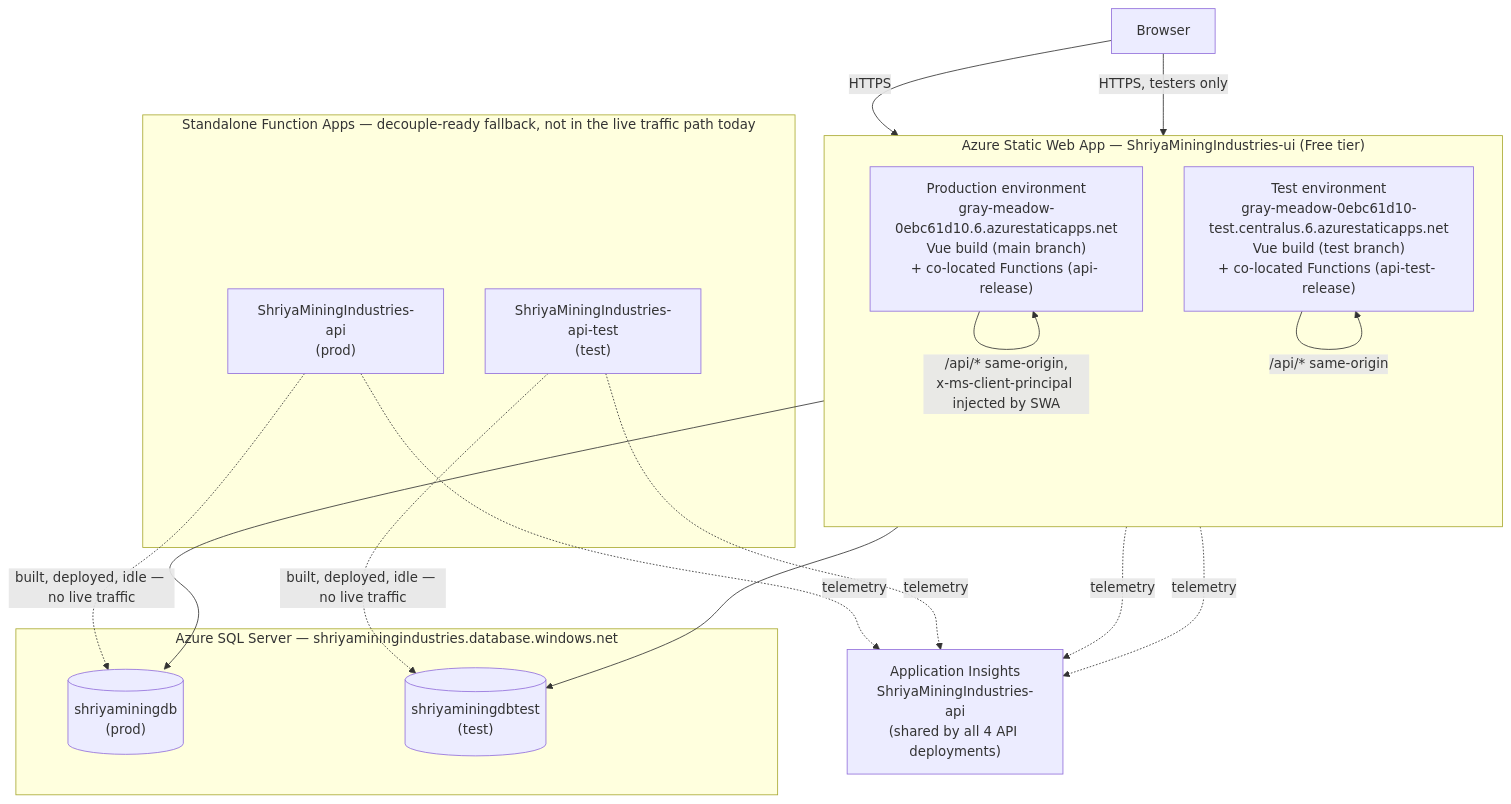
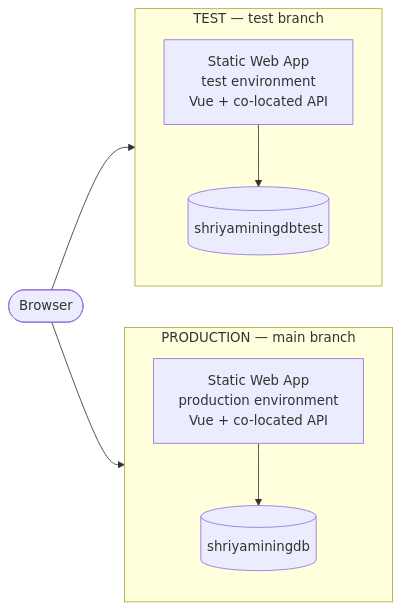
The first of 3 diagrams in ARCHITECTURE.md (shriyaminingindustriesgroup/ShriyaMiningIndustries_Docs), drawn with Mermaid before and after one commit. The commit also changed other lines of this file and 1 other file, not shown here.

Commit message:
Redesign architecture diagram for readability; fix a real self-loop bug
The original architecture diagram crammed DB links, idle-fallback links,
and 4-way telemetry fan-in into one subgraph-heavy flowchart, which
Mermaid's auto-layout rendered as a mess of crossing lines (reported
directly from the published page). Split into a clean two-column
request-flow diagram (Production | Test, each a simple top-to-bottom
chain) and moved the fallback-Function-App and shared-telemetry facts to
a caption instead of more diagram edges — a diagram should carry one
clear mental model, not every true fact about the system.

Also fixes a real bug found while redoing this: the Markdown version had
two nonsensical self-loop edges (SWAProd --> SWAProd, SWATest -->
SWATest), leftover from an edit that never got attached correctly.

Simplified the UI pipeline diagram the same way: collapsed four separate
trigger nodes converging on one point into a single trigger node with a
multi-line label — same information, no fan-in clutter.

````diff
--- a/ARCHITECTURE.md
+++ b/ARCHITECTURE.md
@@ -45,35 +45,21 @@
 ```mermaid
-flowchart TB
-    Browser["Browser"]
+flowchart LR
+    Browser(["Browser"])
 
-    subgraph SWA["Azure Static Web App — ShriyaMiningIndustries-ui (Free tier)"]
+    subgraph Prod["PRODUCTION — main branch"]
         direction TB
-        SWAProd["Production environment\ngray-meadow-0ebc61d10.6.azurestaticapps.net\nVue build (main branch)\n+ co-located Functions (api-<sha> release)"]
-        SWATest["Test environment\ngray-meadow-0ebc61d10-test.centralus.6.azurestaticapps.net\nVue build (test branch)\n+ co-located Functions (api-test-<sha> release)"]
+        SWAProd["Static Web App<br/>production environment<br/>Vue + co-located API"]
+        DBProd[("shriyaminingdb")]
+        SWAProd --> DBProd
     end
 
-    subgraph Standalone["Standalone Function Apps — decouple-ready fallback, not in the live traffic path today"]
-        FAProd["ShriyaMiningIndustries-api\n(prod)"]
-        FATest["ShriyaMiningIndustries-api-test\n(test)"]
+    subgraph Test["TEST — test branch"]
+        direction TB
+        SWATest["Static Web App<br/>test environment<br/>Vue + co-located API"]
+        DBTest[("shriyaminingdbtest")]
+        SWATest --> DBTest
     end
 
-    subgraph SQL["Azure SQL Server — shriyaminingindustries.database.windows.net"]
-        DBProd[("shriyaminingdb\n(prod)")]
-        DBTest[("shriyaminingdbtest\n(test)")]
-    end
-
-    AppInsights["Application Insights\nShriyaMiningIndustries-api\n(shared by all 4 API deployments)"]
-
-    Browser -->|HTTPS| SWAProd
-    Browser -->|HTTPS, testers only| SWATest
-    SWAProd -->|"/api/* same-origin,\nx-ms-client-principal injected by SWA"| SWAProd
-    SWATest -->|"/api/* same-origin"| SWATest
-    SWAProd --> DBProd
-    SWATest --> DBTest
-    FAProd -.->|built, deployed, idle — no live traffic| DBProd
-    FATest -.->|built, deployed, idle — no live traffic| DBTest
-    SWAProd -.telemetry.-> AppInsights
-    SWATest -.telemetry.-> AppInsights
-    FAProd -.telemetry.-> AppInsights
-    FATest -.telemetry.-> AppInsights
+    Browser --> SWAProd
+    Browser --> SWATest
 ```
````
